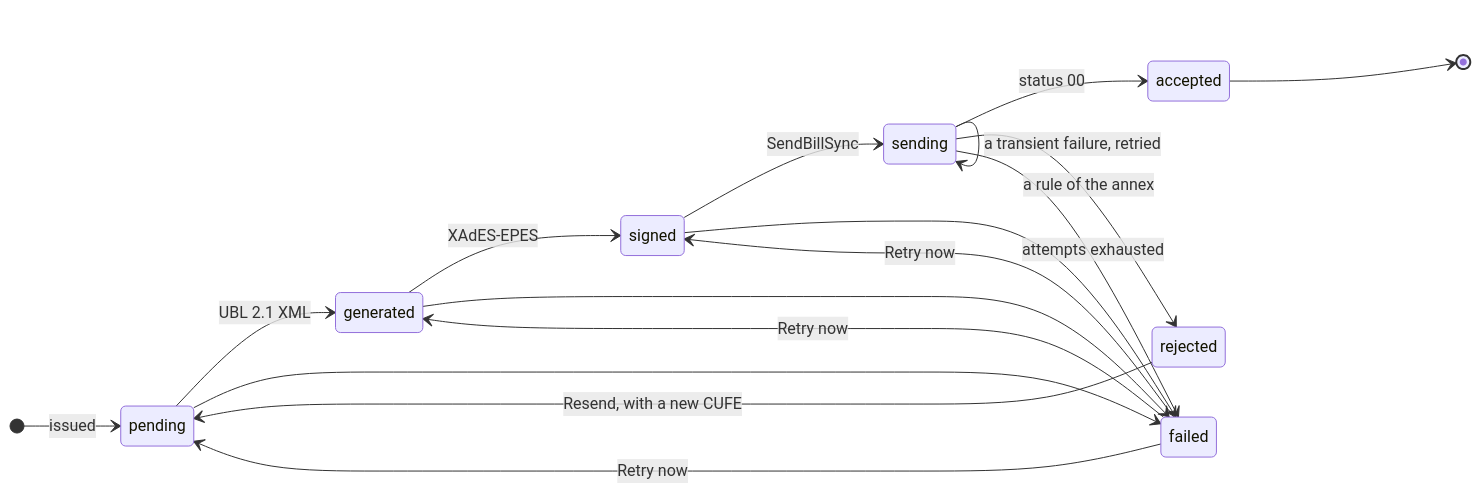
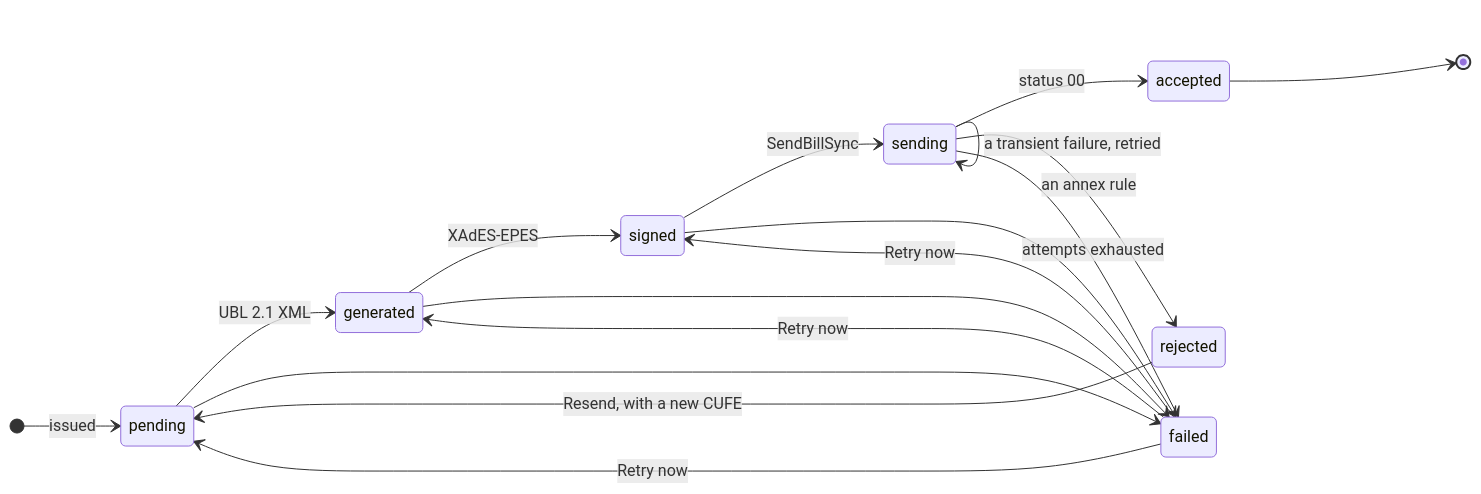
Before and after one commit to iamcesarcuellar/dian-einvoice: the third of 3 diagrams in docs/architecture.md, drawn with Mermaid. The commit also changed other lines of this file and 163 other files, not shown here.

````diff
--- a/docs/architecture.md
+++ b/docs/architecture.md
@@ -151,20 +151,20 @@
 ```mermaid
 stateDiagram-v2
   direction LR
   [*] --> pending: issued
   pending --> generated: UBL 2.1 XML
   generated --> signed: XAdES-EPES
   signed --> sending: SendBillSync
   sending --> sending: a transient failure, retried
   sending --> accepted: status 00
-  sending --> rejected: a rule of the annex
+  sending --> rejected: an annex rule
   pending --> failed
   generated --> failed
   signed --> failed
   sending --> failed: attempts exhausted
   failed --> pending: Retry now
   failed --> generated: Retry now
   failed --> signed: Retry now
   rejected --> pending: Resend, with a new CUFE
   accepted --> [*]
 ```
````
